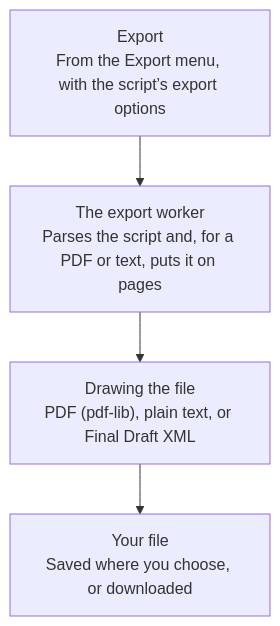
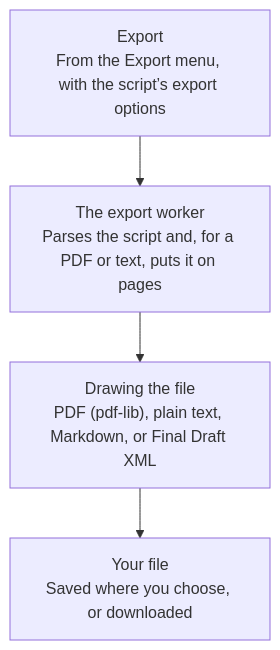
Before and after one commit to cschweda/drafter: the fourth of 5 diagrams in docs/technical-details.md, drawn with Mermaid. The commit also changed other lines of this file and 14 other files, not shown here.

````diff
--- a/docs/technical-details.md
+++ b/docs/technical-details.md
@@ -140,10 +140,10 @@
 ```mermaid
 flowchart TD
   s1["Export<br/>From the Export menu, with the script’s export options"]
   s2["The export worker<br/>Parses the script and, for a PDF or text, puts it on pages"]
-  s3["Drawing the file<br/>PDF (pdf-lib), plain text, or Final Draft XML"]
+  s3["Drawing the file<br/>PDF (pdf-lib), plain text, Markdown, or Final Draft XML"]
   s4["Your file<br/>Saved where you choose, or downloaded"]
   s1 --> s2
   s2 --> s3
   s3 --> s4
 ```
````
